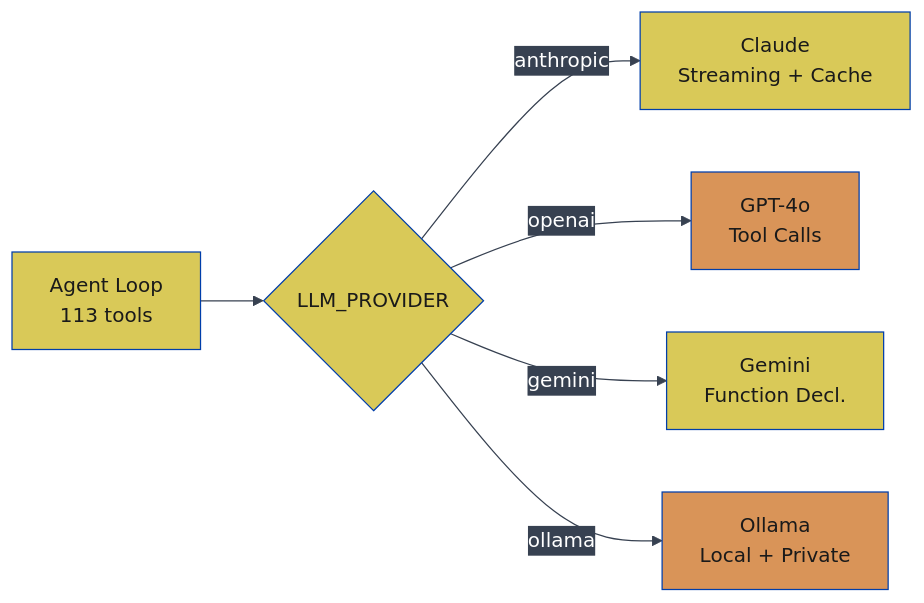
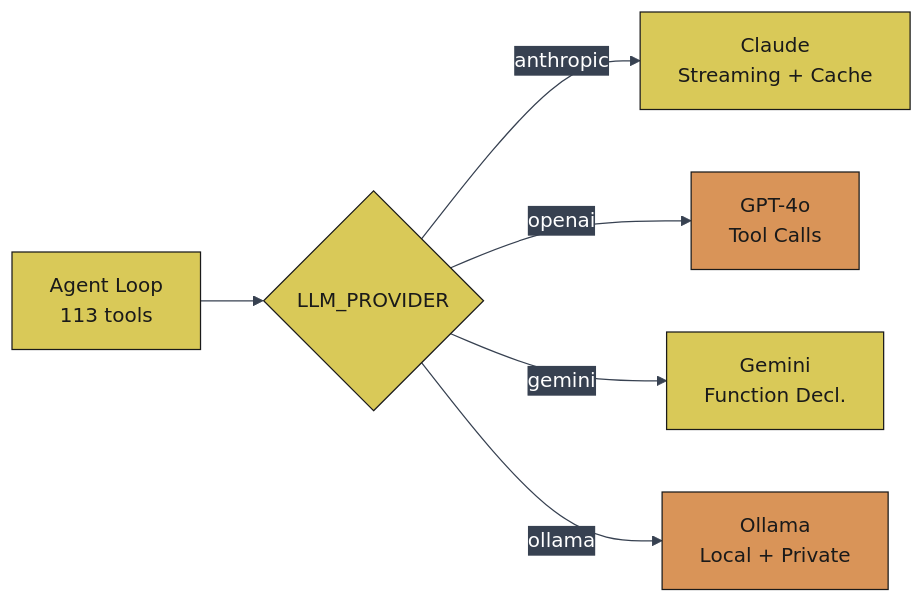
One commit to JosephOIbrahim/Comfy-Cozy changed the fourth of 27 diagrams in README.md. Above: the diagram before and after it, drawn with Mermaid. The commit also changed other lines of this file, not shown here.

First line of the commit message:
[DOCS] Convert mermaid styling to classDef for reliable GitHub rendering

````diff
--- a/README.md
+++ b/README.md
@@ -305,16 +304,14 @@
 ```mermaid
 %%{init: {'theme':'base','themeVariables': {'primaryColor':'#0066FF','primaryTextColor':'#ffffff','primaryBorderColor':'#003eaa','lineColor':'#374151','secondaryColor':'#374151','tertiaryColor':'#1f2937','fontFamily':'monospace'}}}%%
 graph LR
     Agent[Agent Loop<br/>113 tools] --> LLM{LLM_PROVIDER}
     LLM -->|anthropic| A["Claude<br/>Streaming + Cache"]
     LLM -->|openai| B["GPT-4o<br/>Tool Calls"]
     LLM -->|gemini| C["Gemini<br/>Function Decl."]
     LLM -->|ollama| D["Ollama<br/>Local + Private"]
 
-    style Agent fill:#d9c958,color:#1a1a1a
-    style A fill:#d9c958,color:#1a1a1a
-    style B fill:#d99458,color:#1a1a1a
-    style C fill:#d9c958,color:#1a1a1a
-    style D fill:#d99458,color:#1a1a1a
-    style LLM fill:#d9c958,color:#1a1a1a
+    classDef orange fill:#d99458,color:#1a1a1a,stroke:#1a1a1a
+    classDef yellow fill:#d9c958,color:#1a1a1a,stroke:#1a1a1a
+    class B,D orange
+    class Agent,A,C,LLM yellow
 ```
````
